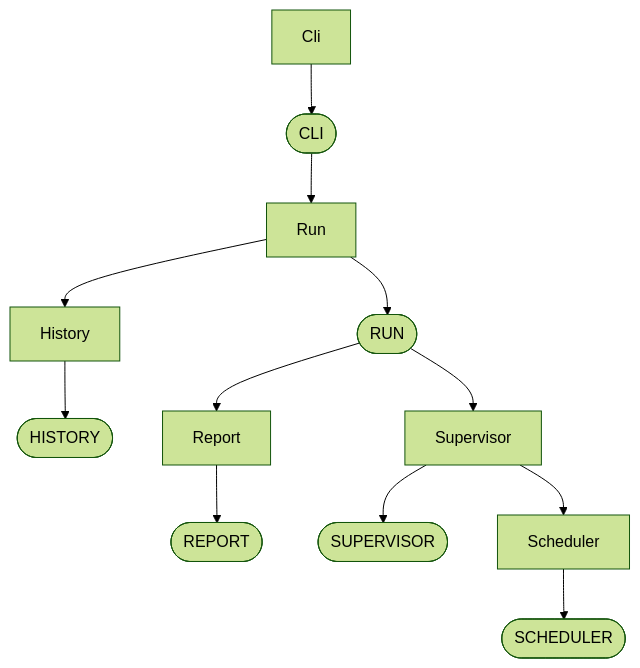
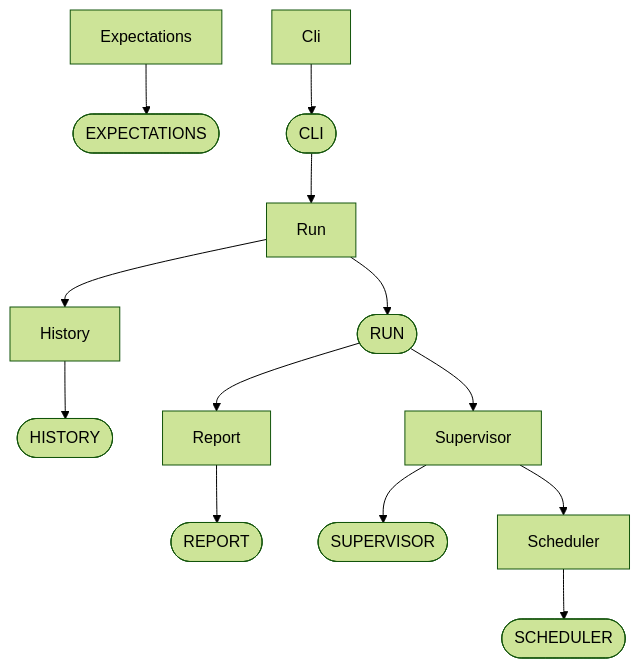
The second of 2 diagrams in docs/generated/test/runner/depends.md (ruudkoot/rune), drawn with Mermaid (forest theme) before and after one commit. The commit also changed other lines of this file and 44 other files, not shown here.

````diff
--- a/docs/generated/test/runner/depends.md
+++ b/docs/generated/test/runner/depends.md
@@ -31,26 +31,29 @@
 ```mermaid
 flowchart TD
   n0(["SCHEDULER"])
   n1["Scheduler"]
   n2(["SUPERVISOR"])
   n3["Supervisor"]
   n4(["HISTORY"])
   n5["History"]
-  n6(["REPORT"])
-  n7["Report"]
-  n8(["RUN"])
-  n9["Run"]
-  n10(["CLI"])
-  n11["Cli"]
+  n6(["EXPECTATIONS"])
+  n7["Expectations"]
+  n8(["REPORT"])
+  n9["Report"]
+  n10(["RUN"])
+  n11["Run"]
+  n12(["CLI"])
+  n13["Cli"]
   n1 --> n0
   n3 --> n2
   n3 --> n1
   n5 --> n4
   n7 --> n6
-  n8 --> n7
-  n8 --> n3
-  n9 --> n5
   n9 --> n8
   n10 --> n9
+  n10 --> n3
+  n11 --> n5
   n11 --> n10
+  n12 --> n11
+  n13 --> n12
 ```
````
